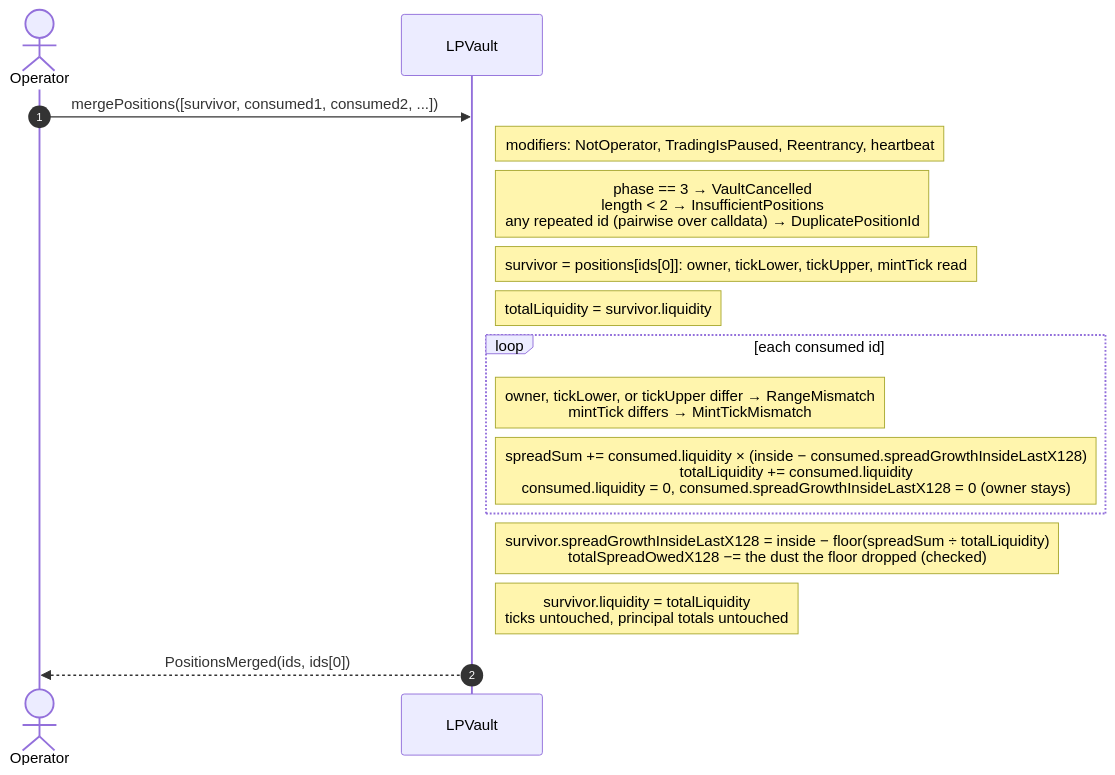
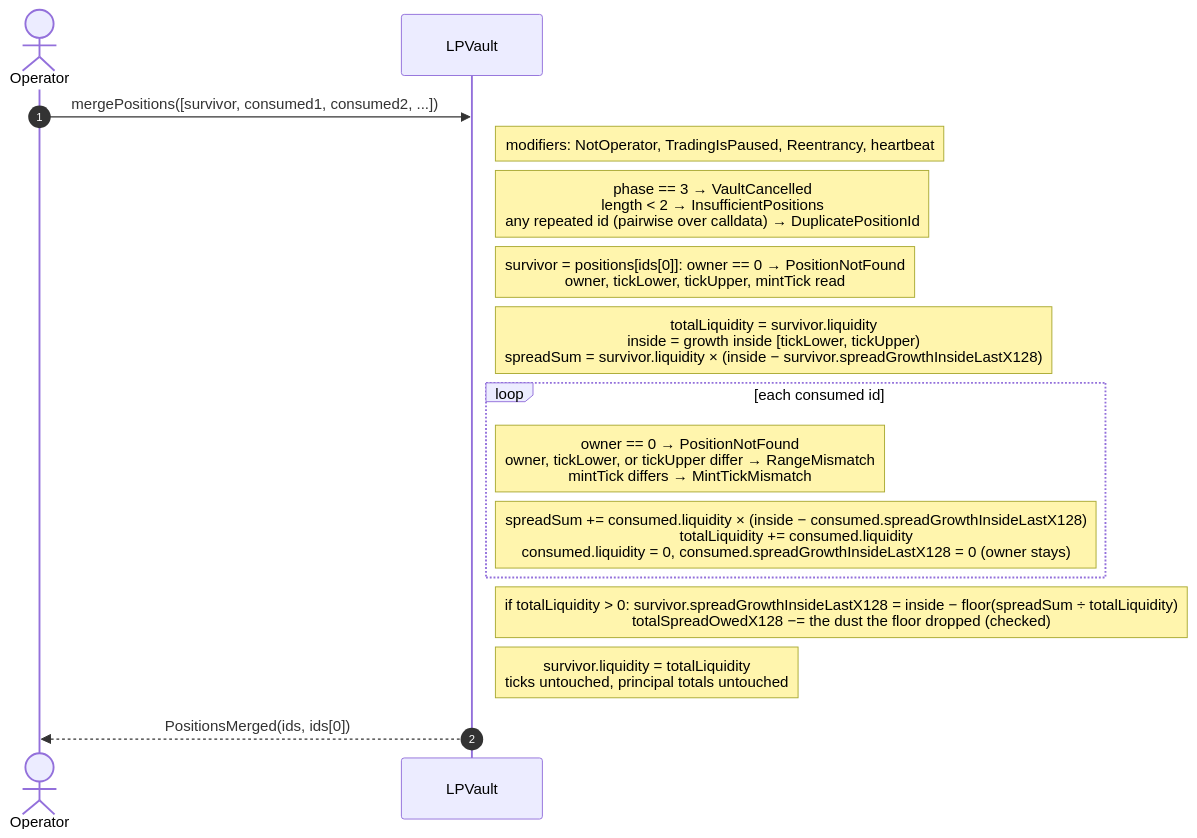
Diagram 12 of 22 in specs/FLOWS.md (ProphetMarket/lp-vaults), drawn with Mermaid before and after one commit. The commit also changed other lines of this file and 1 other file, not shown here.

First line of the commit message:
chore (vault): Correct the flows to the code

````diff
--- a/specs/FLOWS.md
+++ b/specs/FLOWS.md
@@ -360,19 +368,19 @@
 ```mermaid
 sequenceDiagram
     autonumber
     actor Operator
     participant Vault as LPVault
 
     Operator->>Vault: mergePositions([survivor, consumed1, consumed2, ...])
     Note right of Vault: modifiers: NotOperator, TradingIsPaused, Reentrancy, heartbeat
     Note right of Vault: phase == 3 → VaultCancelled<br/>length < 2 → InsufficientPositions<br/>any repeated id (pairwise over calldata) → DuplicatePositionId
-    Note right of Vault: survivor = positions[ids[0]]: owner, tickLower, tickUpper, mintTick read
-    Note right of Vault: totalLiquidity = survivor.liquidity
+    Note right of Vault: survivor = positions[ids[0]]: owner == 0 → PositionNotFound<br/>owner, tickLower, tickUpper, mintTick read
+    Note right of Vault: totalLiquidity = survivor.liquidity<br/>inside = growth inside [tickLower, tickUpper)<br/>spreadSum = survivor.liquidity × (inside − survivor.spreadGrowthInsideLastX128)
     loop each consumed id
-        Note right of Vault: owner, tickLower, or tickUpper differ → RangeMismatch<br/>mintTick differs → MintTickMismatch
+        Note right of Vault: owner == 0 → PositionNotFound<br/>owner, tickLower, or tickUpper differ → RangeMismatch<br/>mintTick differs → MintTickMismatch
         Note right of Vault: spreadSum += consumed.liquidity × (inside − consumed.spreadGrowthInsideLastX128)<br/>totalLiquidity += consumed.liquidity<br/>consumed.liquidity = 0, consumed.spreadGrowthInsideLastX128 = 0 (owner stays)
     end
-    Note right of Vault: survivor.spreadGrowthInsideLastX128 = inside − floor(spreadSum ÷ totalLiquidity)<br/>totalSpreadOwedX128 −= the dust the floor dropped (checked)
+    Note right of Vault: if totalLiquidity > 0: survivor.spreadGrowthInsideLastX128 = inside − floor(spreadSum ÷ totalLiquidity)<br/>totalSpreadOwedX128 −= the dust the floor dropped (checked)
     Note right of Vault: survivor.liquidity = totalLiquidity<br/>ticks untouched, principal totals untouched
     Vault-->>Operator: PositionsMerged(ids, ids[0])
 ```
````
